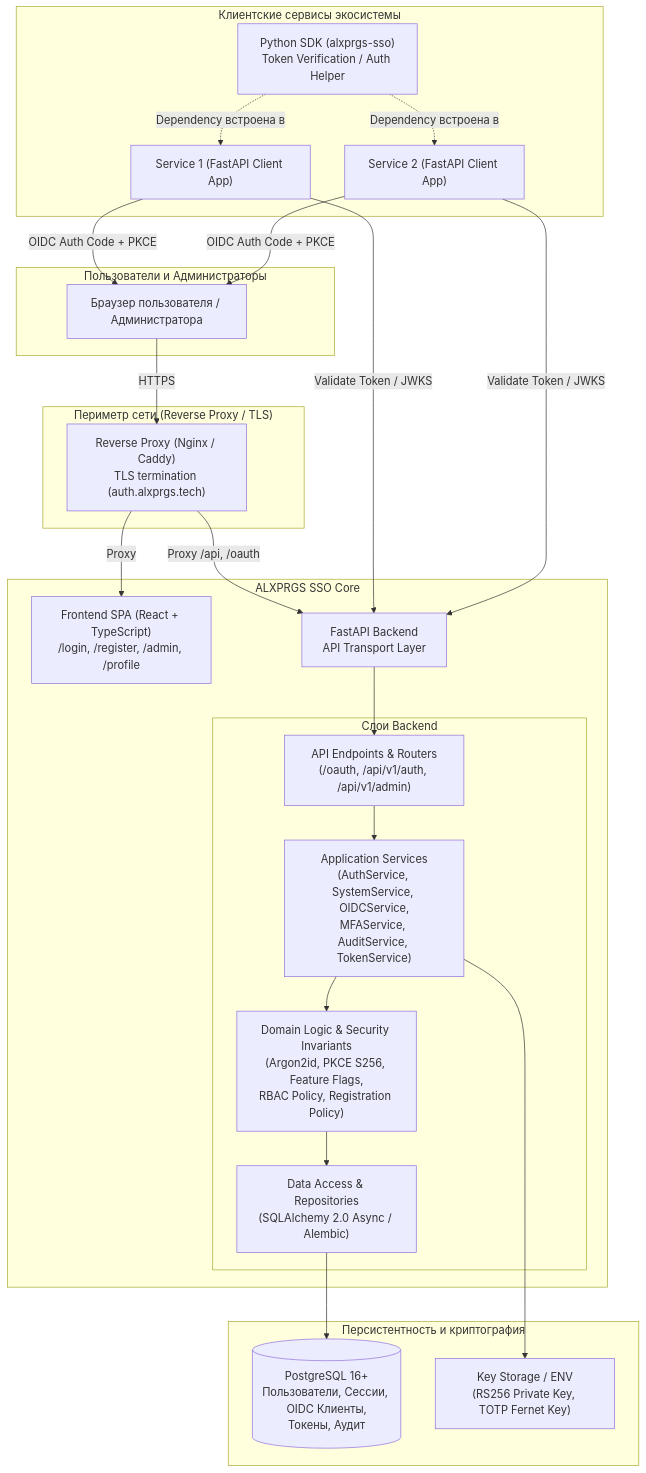
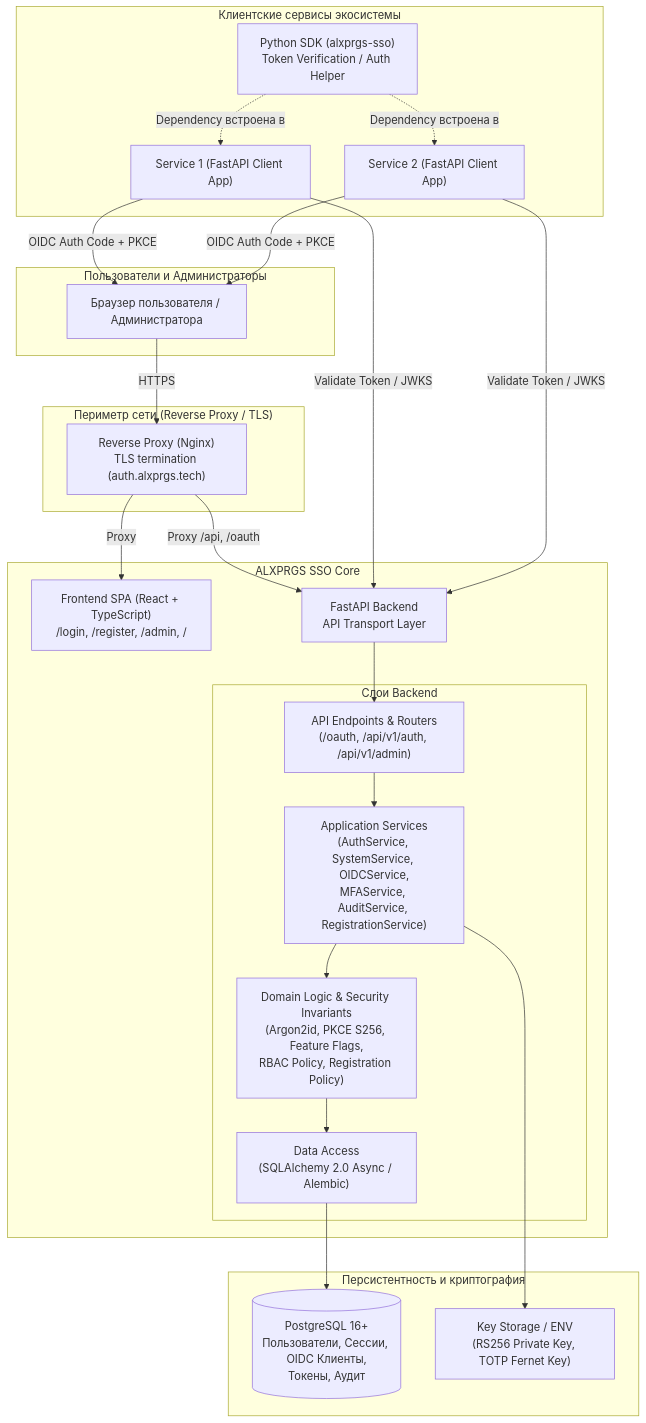
One commit to alxprgstech/sso changed the first of 2 diagrams in docs/architecture.md. Above: the diagram before and after it, drawn with Mermaid. The commit also changed other lines of this file and 59 other files, not shown here.

````diff
--- a/docs/architecture.md
+++ b/docs/architecture.md
@@ -23,50 +25,50 @@
 ```mermaid
 flowchart TB
     subgraph Users ["Пользователи и Администраторы"]
         Browser["Браузер пользователя / Администратора"]
     end
 
     subgraph Edge ["Периметр сети (Reverse Proxy / TLS)"]
-        Nginx["Reverse Proxy (Nginx / Caddy)\nTLS termination (auth.alxprgs.tech)"]
+        Nginx["Reverse Proxy (Nginx)\nTLS termination (auth.alxprgs.tech)"]
     end
 
     subgraph SSOSystem ["ALXPRGS SSO Core"]
-        Frontend["Frontend SPA (React + TypeScript)\n/login, /register, /admin, /profile"]
+        Frontend["Frontend SPA (React + TypeScript)\n/login, /register, /admin, /"]
         BackendAPI["FastAPI Backend\nAPI Transport Layer"]
         
         subgraph AppLayers ["Слои Backend"]
             Transport["API Endpoints & Routers\n(/oauth, /api/v1/auth, /api/v1/admin)"]
-            Services["Application Services\n(AuthService, SystemService, OIDCService,\nMFAService, AuditService, TokenService)"]
+            Services["Application Services\n(AuthService, SystemService, OIDCService,\nMFAService, AuditService, RegistrationService)"]
             Domain["Domain Logic & Security Invariants\n(Argon2id, PKCE S256, Feature Flags,\nRBAC Policy, Registration Policy)"]
-            DataLayer["Data Access & Repositories\n(SQLAlchemy 2.0 Async / Alembic)"]
+            DataLayer["Data Access\n(SQLAlchemy 2.0 Async / Alembic)"]
         end
     end
 
     subgraph Storage ["Персистентность и криптография"]
         Postgres[(PostgreSQL 16+\nПользователи, Сессии, OIDC Клиенты,\nТокены, Аудит)]
         KeyStore["Key Storage / ENV\n(RS256 Private Key, TOTP Fernet Key)"]
     end
 
     subgraph RelyingParties ["Клиентские сервисы экосистемы"]
         ClientApp1["Service 1 (FastAPI Client App)"]
         ClientApp2["Service 2 (FastAPI Client App)"]
         PythonSDK["Python SDK (alxprgs-sso)\nToken Verification / Auth Helper"]
     end
 
     Browser -->|HTTPS| Nginx
     Nginx -->|Proxy| Frontend
     Nginx -->|Proxy /api, /oauth| BackendAPI
     BackendAPI --> Transport
     Transport --> Services
     Services --> Domain
     Domain --> DataLayer
     DataLayer --> Postgres
     Services --> KeyStore
 
     ClientApp1 -->|OIDC Auth Code + PKCE| Browser
     ClientApp2 -->|OIDC Auth Code + PKCE| Browser
     ClientApp1 -->|Validate Token / JWKS| BackendAPI
     ClientApp2 -->|Validate Token / JWKS| BackendAPI
     PythonSDK -.->|Dependency встроена в| ClientApp1
     PythonSDK -.->|Dependency встроена в| ClientApp2
 ```
````
